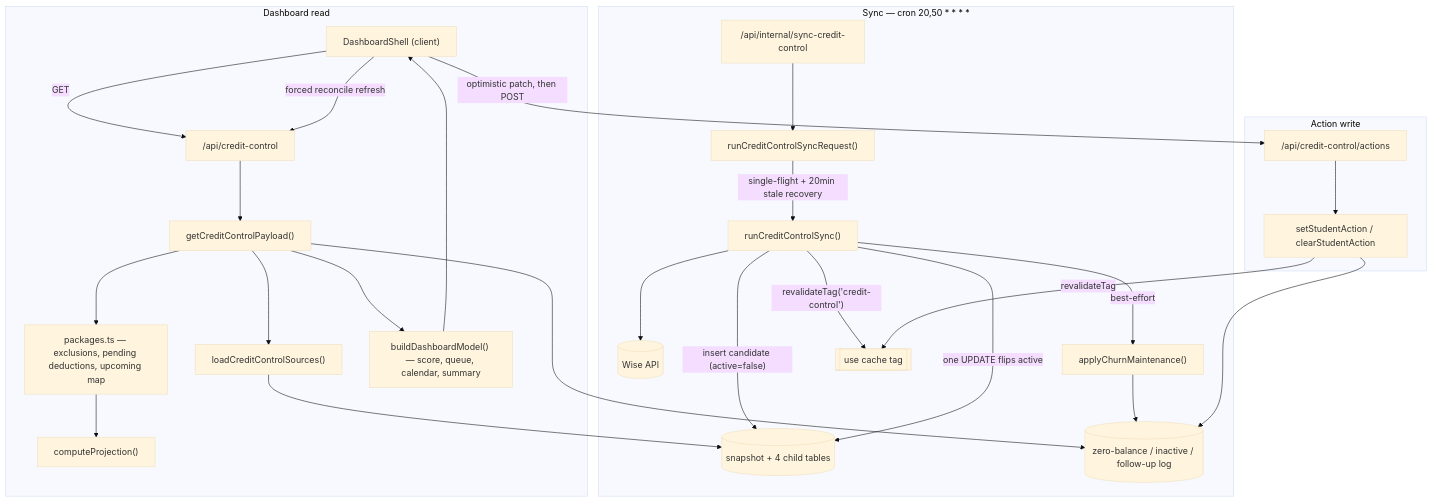
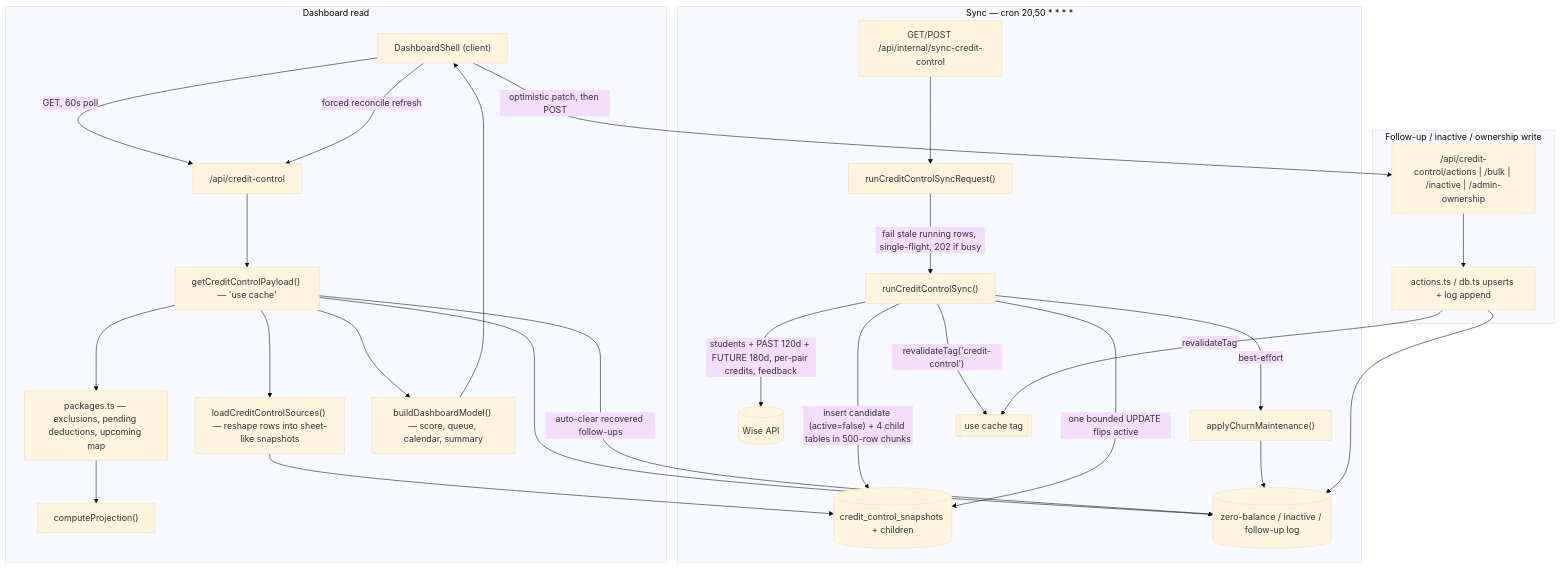
Before and after one commit to kasheesh711/bgscheduler: the diagram in docs/features/credit-control.md, drawn with Mermaid (base theme). The commit also changed other lines of this file and 95 other files, not shown here.

````diff
--- a/docs/features/credit-control.md
+++ b/docs/features/credit-control.md
@@ -80,33 +89,34 @@
 ```mermaid
 flowchart TD
   subgraph Sync["Sync — cron 20,50 * * * *"]
-    Cron["/api/internal/sync-credit-control"] --> RSR["runCreditControlSyncRequest()"]
-    RSR -->|"single-flight + 20min stale recovery"| RCS["runCreditControlSync()"]
-    RCS --> WISE[("Wise API")]
-    RCS -->|"insert candidate (active=false)"| SNAP[("snapshot + 4 child tables")]
-    RCS -->|"one UPDATE flips active"| SNAP
+    Cron["GET/POST /api/internal/sync-credit-control"] --> RSR["runCreditControlSyncRequest()"]
+    RSR -->|"fail stale running rows, single-flight, 202 if busy"| RCS["runCreditControlSync()"]
+    RCS -->|"students + PAST 120d + FUTURE 180d, per-pair credits, feedback"| WISE[("Wise API")]
+    RCS -->|"insert candidate (active=false) + 4 child tables in 500-row chunks"| SNAP[("credit_control_snapshots + children")]
+    RCS -->|"one bounded UPDATE flips active"| SNAP
     RCS -->|"best-effort"| CHURN["applyChurnMaintenance()"]
     CHURN --> SIDE[("zero-balance / inactive / follow-up log")]
     RCS -->|"revalidateTag('credit-control')"| CACHE[["use cache tag"]]
   end
 
   subgraph Read["Dashboard read"]
-    Shell["DashboardShell (client)"] -->|GET| RT1["/api/credit-control"]
-    RT1 --> SVC["getCreditControlPayload()"]
-    SVC --> LOAD["loadCreditControlSources()"]
+    Shell["DashboardShell (client)"] -->|"GET, 60s poll"| RT1["/api/credit-control"]
+    RT1 --> SVC["getCreditControlPayload() — 'use cache'"]
+    SVC --> LOAD["loadCreditControlSources() — reshape rows into sheet-like snapshots"]
     LOAD --> SNAP
     SVC --> PKG["packages.ts — exclusions, pending deductions, upcoming map"]
     PKG --> PROJ["computeProjection()"]
     SVC --> SIDE
+    SVC -->|"auto-clear recovered follow-ups"| SIDE
     SVC --> AN["buildDashboardModel() — score, queue, calendar, summary"]
     AN --> Shell
   end
 
-  subgraph Write["Action write"]
-    Shell -->|"optimistic patch, then POST"| RT2["/api/credit-control/actions"]
-    RT2 --> ACT["setStudentAction / clearStudentAction"]
+  subgraph Write["Follow-up / inactive / ownership write"]
+    Shell -->|"optimistic patch, then POST"| RT2["/api/credit-control/actions | /bulk | /inactive | /admin-ownership"]
+    RT2 --> ACT["actions.ts / db.ts upserts + log append"]
     ACT --> SIDE
     ACT -->|revalidateTag| CACHE
     Shell -->|"forced reconcile refresh"| RT1
   end
 ```
````
